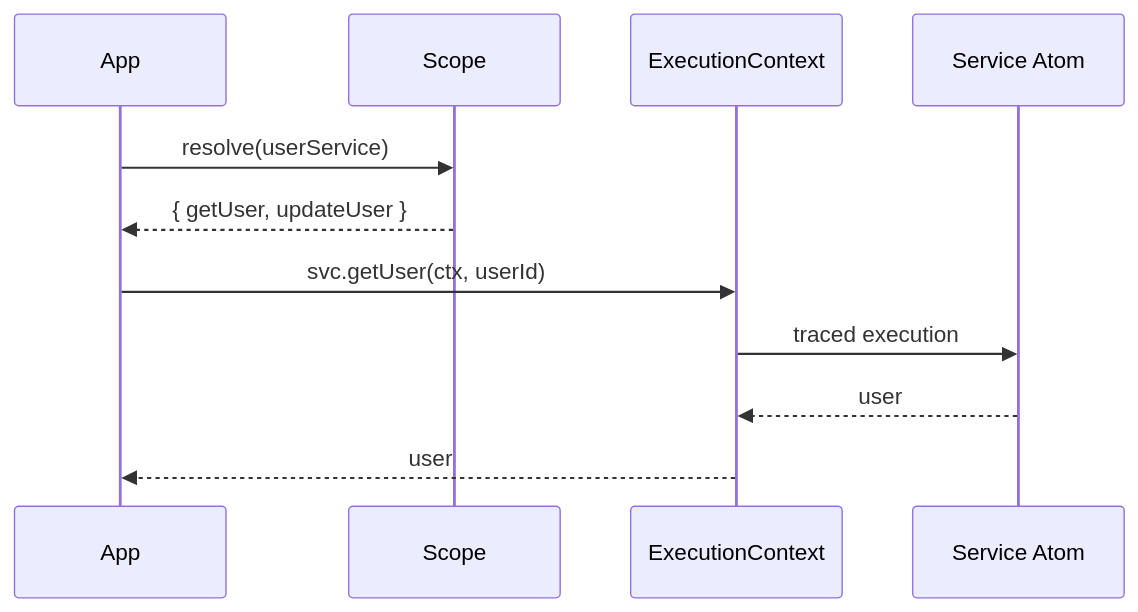
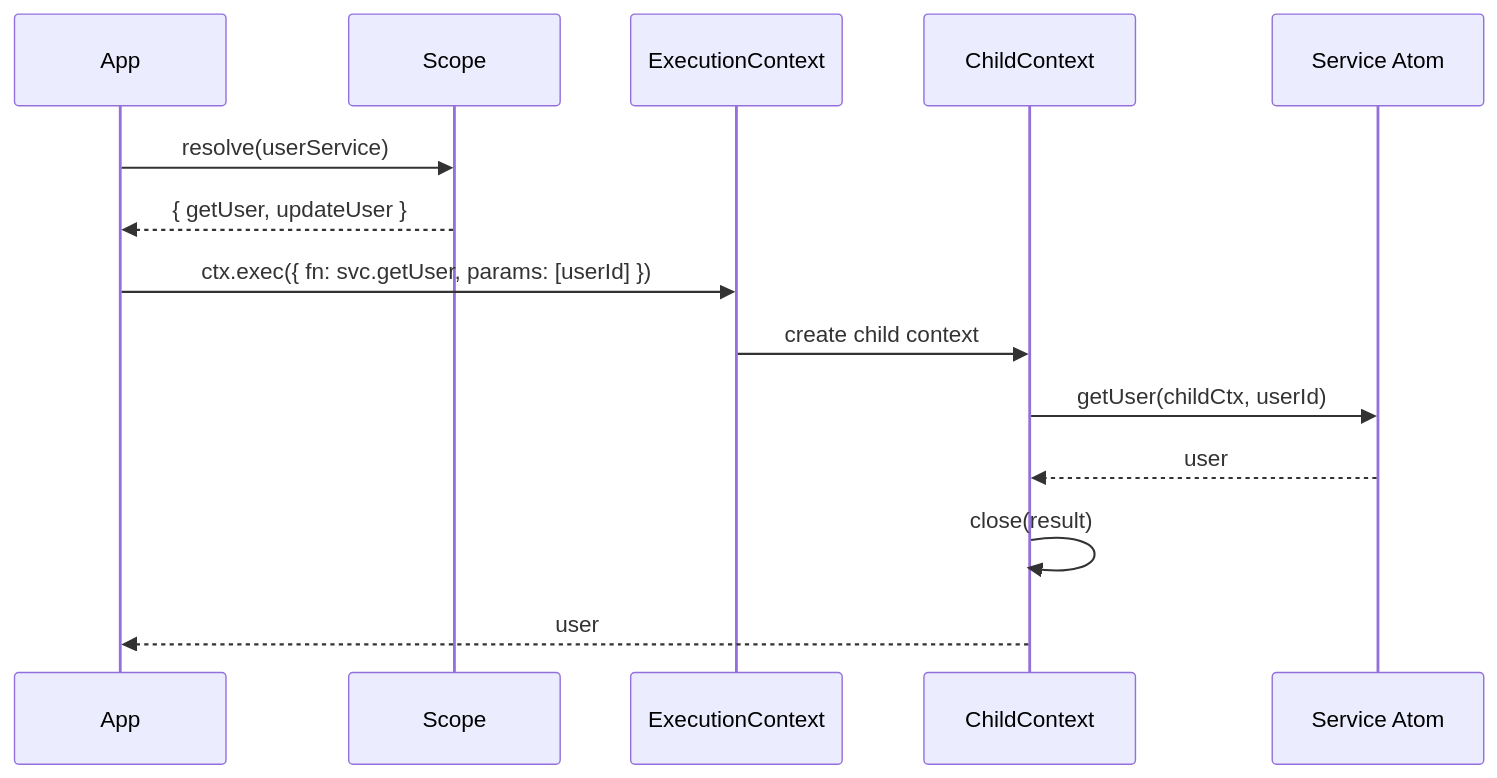
One commit to pumped-fn/pumped-fn changed the seventh of 11 diagrams in packages/lite/PATTERNS.md. Above: the diagram before and after it, drawn with Mermaid. The commit also changed other lines of this file and 8 other files, not shown here.

First line of the commit message:
feat(lite): CloseResult-aware cleanup and CLI discovery tool

````diff
--- a/packages/lite/PATTERNS.md
+++ b/packages/lite/PATTERNS.md
@@ -169,15 +180,18 @@
 ```mermaid
 sequenceDiagram
     participant App
     participant Scope
     participant Ctx as ExecutionContext
+    participant Child as ChildContext
     participant Svc as Service Atom
 
     App->>Scope: resolve(userService)
     Scope-->>App: { getUser, updateUser }
 
-    App->>Ctx: svc.getUser(ctx, userId)
-    Ctx->>Svc: traced execution
-    Svc-->>Ctx: user
-    Ctx-->>App: user
+    App->>Ctx: ctx.exec({ fn: svc.getUser, params: [userId] })
+    Ctx->>Child: create child context
+    Child->>Svc: getUser(childCtx, userId)
+    Svc-->>Child: user
+    Child->>Child: close(result)
+    Child-->>App: user
 ```
````
